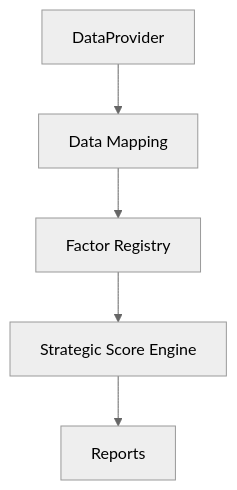
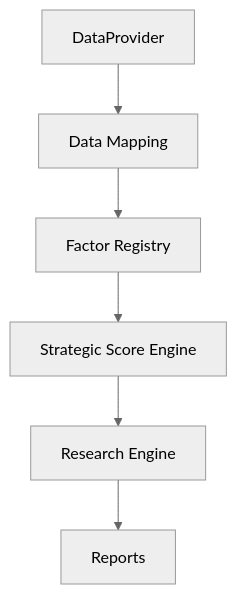
One commit to krdscent-dev/quant-v7 changed the diagram in docs/architecture_v2.md. Above: the diagram before and after it, drawn with Mermaid (neutral theme). The commit also changed other lines of this file and 4 other files, not shown here.

Commit message:
integrate research engine pipeline

````diff
--- a/docs/architecture_v2.md
+++ b/docs/architecture_v2.md
@@ -8,7 +8,8 @@
 ```mermaid
 flowchart TD
   A["DataProvider"] --> B["Data Mapping"]
   B --> C["Factor Registry"]
   C --> D["Strategic Score Engine"]
-  D --> E["Reports"]
+  D --> E["Research Engine"]
+  E --> F["Reports"]
 ```
````
